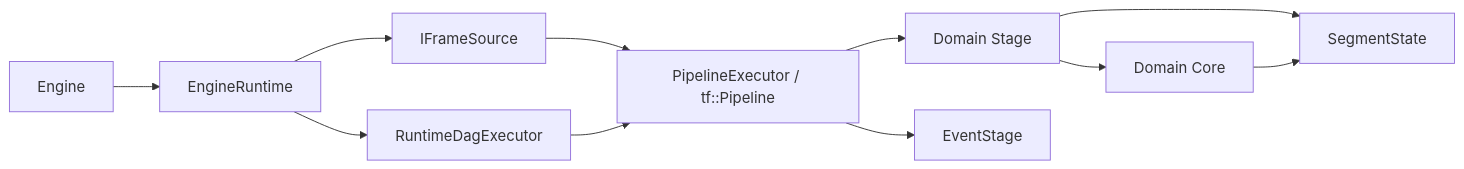
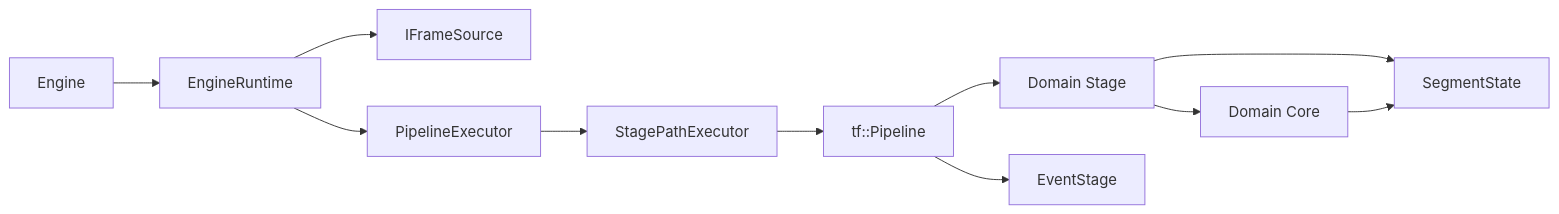
Before and after one commit to eagle-yw/Yspeech: the first of 3 diagrams in doc/architecture.md, drawn with Mermaid. The commit also changed other lines of this file and 15 other files, not shown here.

First line of the commit message:
refactor(runtime): unify execution architecture by removing RuntimeDagExecutor

````diff
--- a/doc/architecture.md
+++ b/doc/architecture.md
@@ -7,23 +7,24 @@
 ```mermaid
 flowchart LR
     engine[Engine]
     runtime[EngineRuntime]
     source[IFrameSource]
-    dag[RuntimeDagExecutor]
-    pipe[PipelineExecutor / tf::Pipeline]
+    executor[PipelineExecutor]
+    path[StagePathExecutor]
+    pipeline[tf::Pipeline]
     stage[Domain Stage]
     core[Domain Core]
     segment[SegmentState]
     event[EventStage]
 
     engine --> runtime
     runtime --> source
-    source --> pipe
-    runtime --> dag
-    dag --> pipe
-    pipe --> stage
-    pipe --> event
+    runtime --> executor
+    executor --> path
+    path --> pipeline
+    pipeline --> stage
+    pipeline --> event
     stage --> core
     stage --> segment
     core --> segment
 ```
````
